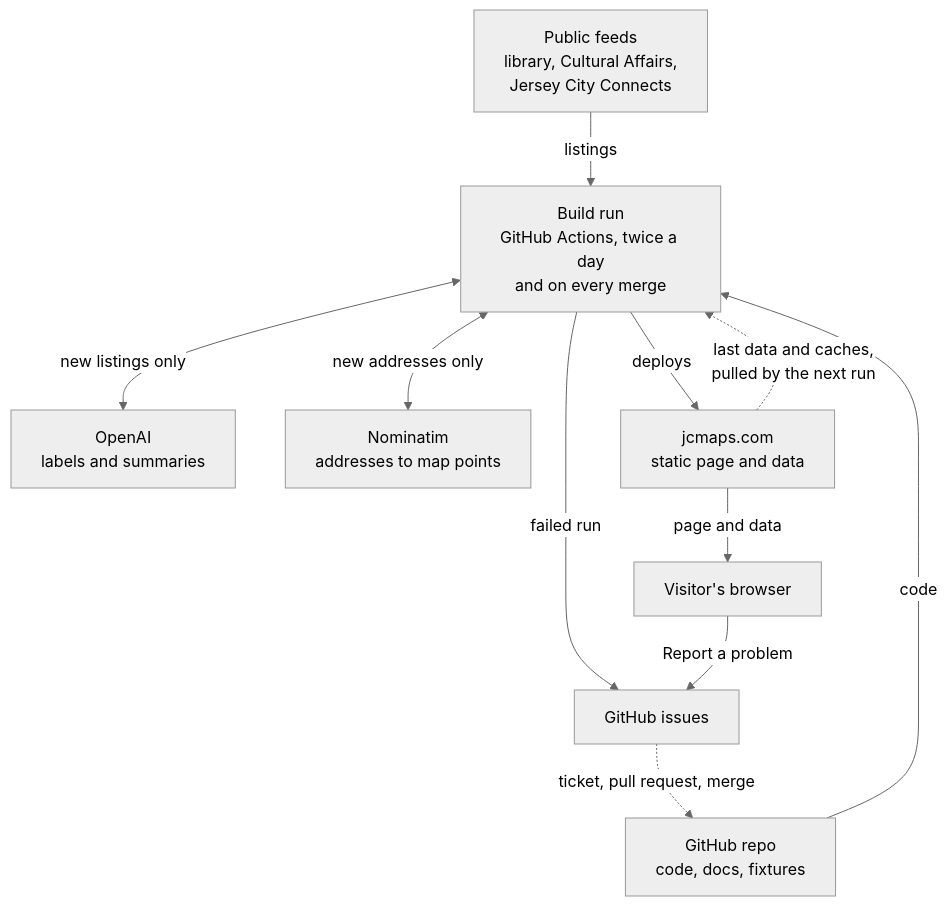
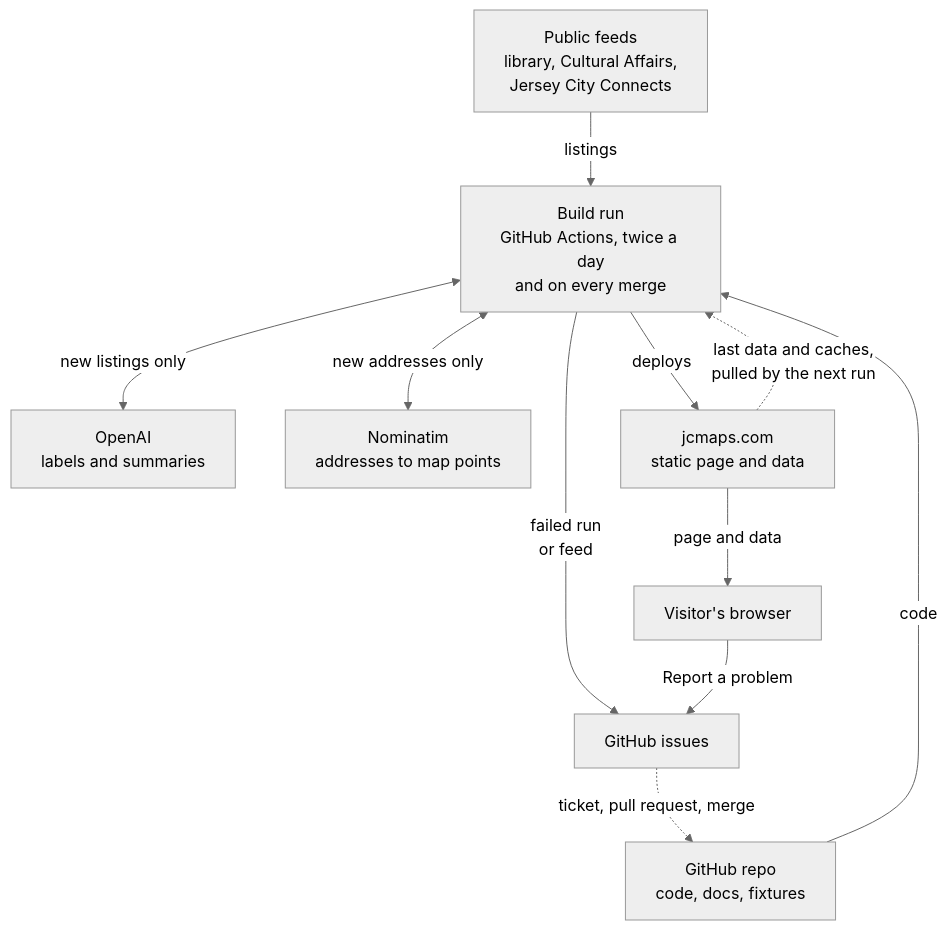
The first of 2 diagrams in docs/how-it-works.md (taneta/jcmaps), drawn with Mermaid (neutral theme) before and after one commit. The commit also changed other lines of this file and 3 other files, not shown here.

First line of the commit message:
Carried events take new fields' defaults, and the docs show a failed feed (#35)

````diff
--- a/docs/how-it-works.md
+++ b/docs/how-it-works.md
@@ -9,23 +9,23 @@
 ```mermaid
 flowchart TD
     %% Mirrors .github/workflows/build.yml. Update it when the run, a trigger or a service changes.
     feeds["Public feeds<br/>library, Cultural Affairs,<br/>Jersey City Connects"]
     repo["GitHub repo<br/>code, docs, fixtures"]
     run["Build run<br/>GitHub Actions, twice a day<br/>and on every merge"]
     openai["OpenAI<br/>labels and summaries"]
     nominatim["Nominatim<br/>addresses to map points"]
     site["jcmaps.com<br/>static page and data"]
     visitor["Visitor's browser"]
     issues["GitHub issues"]
 
     feeds -->|listings| run
     repo -->|code| run
     run <-->|new listings only| openai
     run <-->|new addresses only| nominatim
     run -->|deploys| site
     site -->|page and data| visitor
-    run -->|failed run| issues
+    run -->|failed run<br/>or feed| issues
     visitor -->|Report a problem| issues
     site -.->|last data and caches,<br/>pulled by the next run| run
     issues -.->|ticket, pull request, merge| repo
 ```
````
